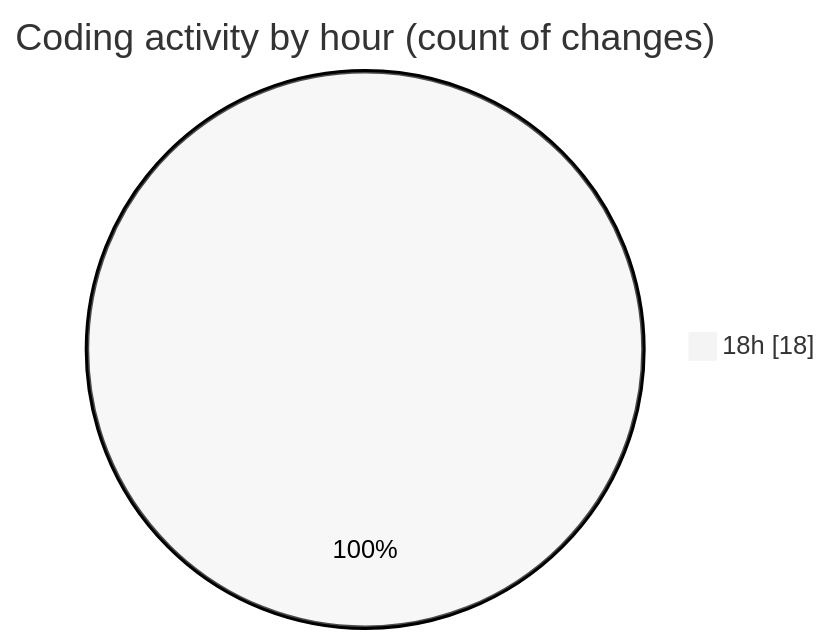
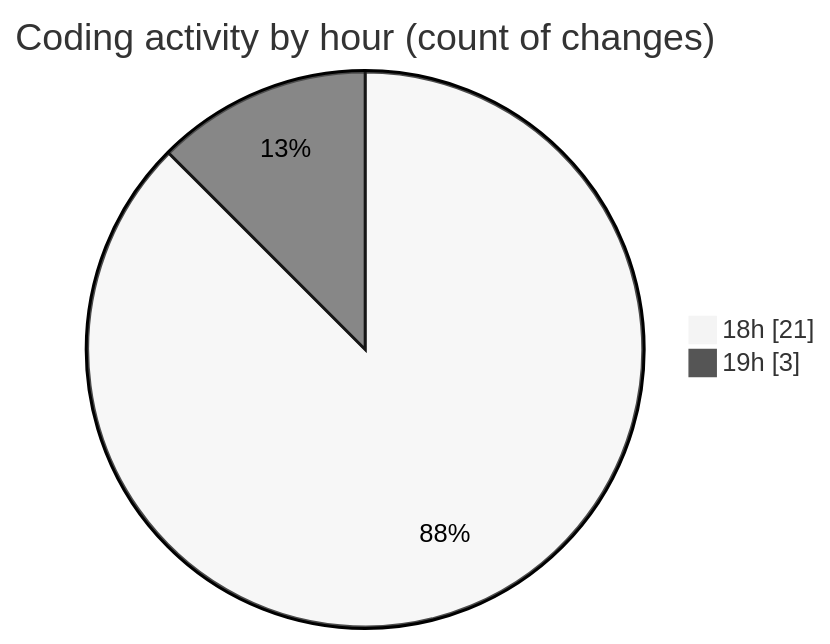
One commit to Netris89/code-tracking changed the second of 2 diagrams in 2025-03-13/back-end/README.md. Above: the diagram before and after it, drawn with Mermaid (neutral theme). The commit also changed other lines of this file and 1 other file, not shown here.

````diff
--- a/2025-03-13/back-end/README.md
+++ b/2025-03-13/back-end/README.md
@@ -33,5 +34,6 @@
 ```mermaid
 pie showData
 title Coding activity by hour (count of changes)
-"18h" : 18
+"18h" : 21
+"19h" : 3
 ```
````
